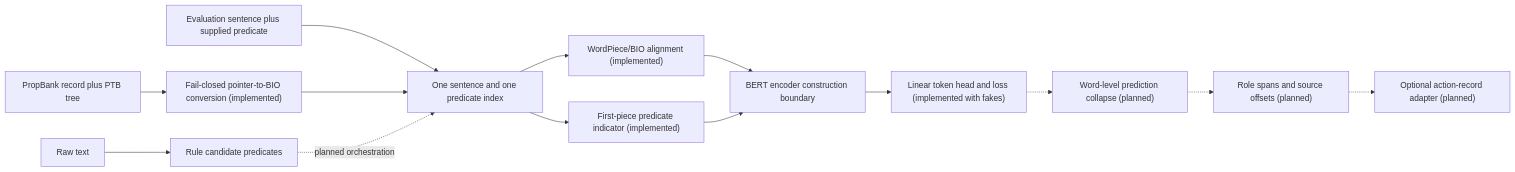
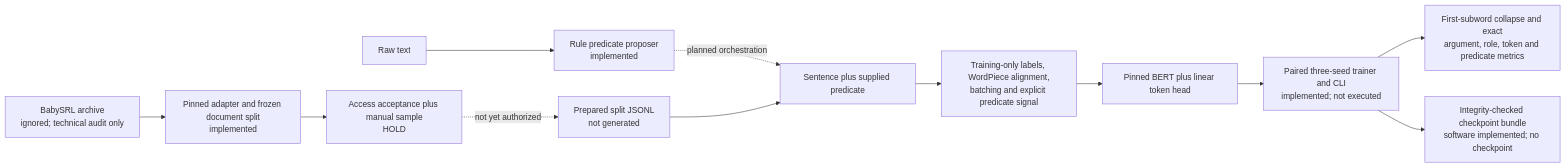
One commit to ayo-aa/semantic-action-extractor changed the diagram in README.md. Above: the diagram before and after it, drawn with Mermaid. The commit also changed other lines of this file and 8 other files, not shown here.

````diff
--- a/README.md
+++ b/README.md
@@ -48,16 +79,14 @@
 ```mermaid
 flowchart LR
-    A["Raw text"] --> B["Rule candidate predicates"]
-    C["Evaluation sentence plus supplied predicate"] --> D["One sentence and one predicate index"]
-    L["PropBank record plus PTB tree"] --> M["Fail-closed pointer-to-BIO conversion (implemented)"]
-    M --> D
-    B -.->|planned orchestration| D
-    D --> E["WordPiece/BIO alignment (implemented)"]
-    D --> F["First-piece predicate indicator (implemented)"]
-    E --> G["BERT encoder construction boundary"]
-    F --> G
-    G --> H["Linear token head and loss (implemented with fakes)"]
-    H -.-> I["Word-level prediction collapse (planned)"]
-    I -.-> J["Role spans and source offsets (planned)"]
-    J -.-> K["Optional action-record adapter (planned)"]
+    A["Raw text"] --> B["Rule predicate proposer<br/>implemented"]
+    B -.->|planned orchestration| C["Sentence plus supplied predicate"]
+    D["BabySRL archive<br/>ignored; technical audit only"] --> E["Pinned adapter and frozen document split<br/>implemented"]
+    E --> F["Access acceptance plus manual sample<br/>HOLD"]
+    F -.->|not yet authorized| G["Prepared split JSONL<br/>not generated"]
+    G --> C
+    C --> H["Training-only labels, WordPiece alignment,<br/>batching and explicit predicate signal"]
+    H --> I["Pinned BERT plus linear token head"]
+    I --> J["Paired three-seed trainer and CLI<br/>implemented; not executed"]
+    J --> K["First-subword collapse and exact<br/>argument, role, token and predicate metrics"]
+    J --> L["Integrity-checked checkpoint bundle<br/>software implemented; no checkpoint"]
 ```
````
